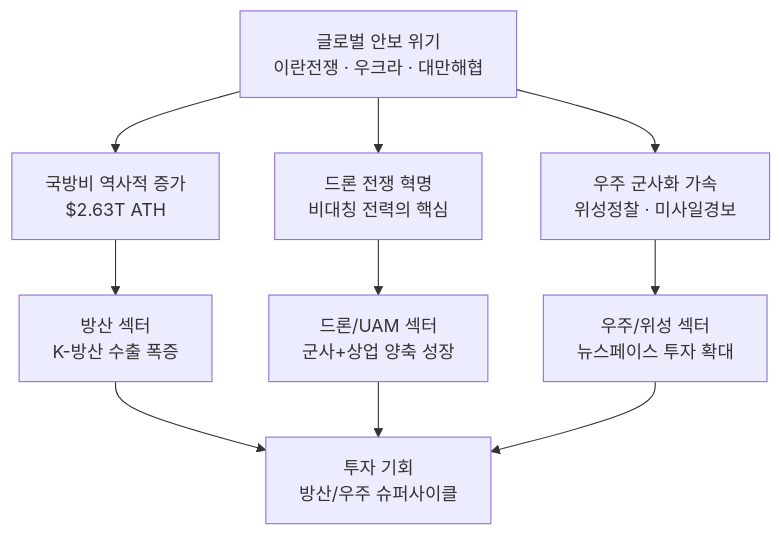
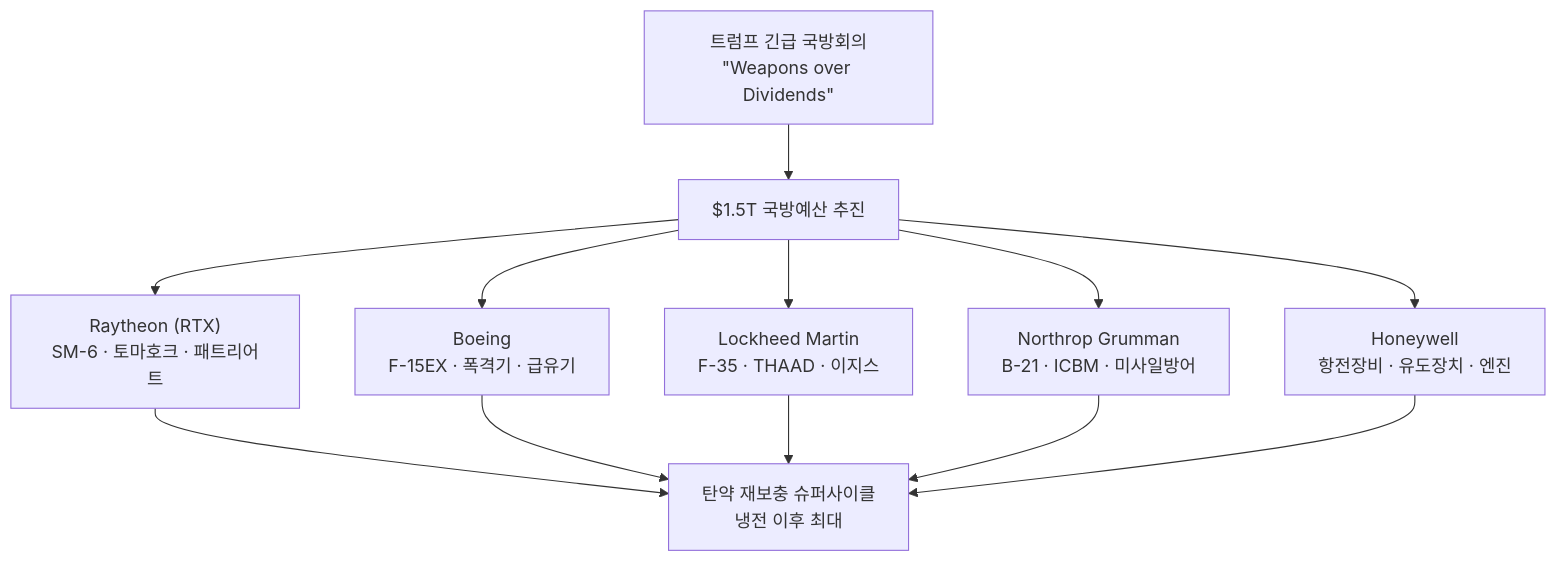
One commit to dss99911/dss99911.github.io changed the second of 7 diagrams in _posts/knowledge/invest/2026-03-07-defense-space-sector-outlook-2026.md. Above: the diagram before and after it, drawn with Mermaid. The commit also changed other lines of this file and 4 other files, not shown here.

````diff
--- a/_posts/knowledge/invest/2026-03-07-defense-space-sector-outlook-2026.md
+++ b/_posts/knowledge/invest/2026-03-07-defense-space-sector-outlook-2026.md
@@ -27,14 +74,16 @@
 ```mermaid
 graph TD
-    A["글로벌 안보 위기<br/>이란전쟁 · 우크라 · 대만해협"] --> B["국방비 역사적 증가<br/>$2.63T ATH"]
-    A --> C["드론 전쟁 혁명<br/>비대칭 전력의 핵심"]
-    A --> D["우주 군사화 가속<br/>위성정찰 · 미사일경보"]
+    A["트럼프 긴급 국방회의<br/>&quot;Weapons over Dividends&quot;"] --> B["$1.5T 국방예산 추진"]
 
-    B --> E["방산 섹터<br/>K-방산 수출 폭증"]
-    C --> F["드론/UAM 섹터<br/>군사+상업 양축 성장"]
-    D --> G["우주/위성 섹터<br/>뉴스페이스 투자 확대"]
+    B --> C["Raytheon (RTX)<br/>SM-6 · 토마호크 · 패트리어트"]
+    B --> D["Boeing<br/>F-15EX · 폭격기 · 급유기"]
+    B --> E["Lockheed Martin<br/>F-35 · THAAD · 이지스"]
+    B --> F["Northrop Grumman<br/>B-21 · ICBM · 미사일방어"]
+    B --> G["Honeywell<br/>항전장비 · 유도장치 · 엔진"]
 
-    E --> H["투자 기회<br/>방산/우주 슈퍼사이클"]
+    C --> H["탄약 재보충 슈퍼사이클<br/>냉전 이후 최대"]
+    D --> H
+    E --> H
     F --> H
     G --> H
 ```
````
